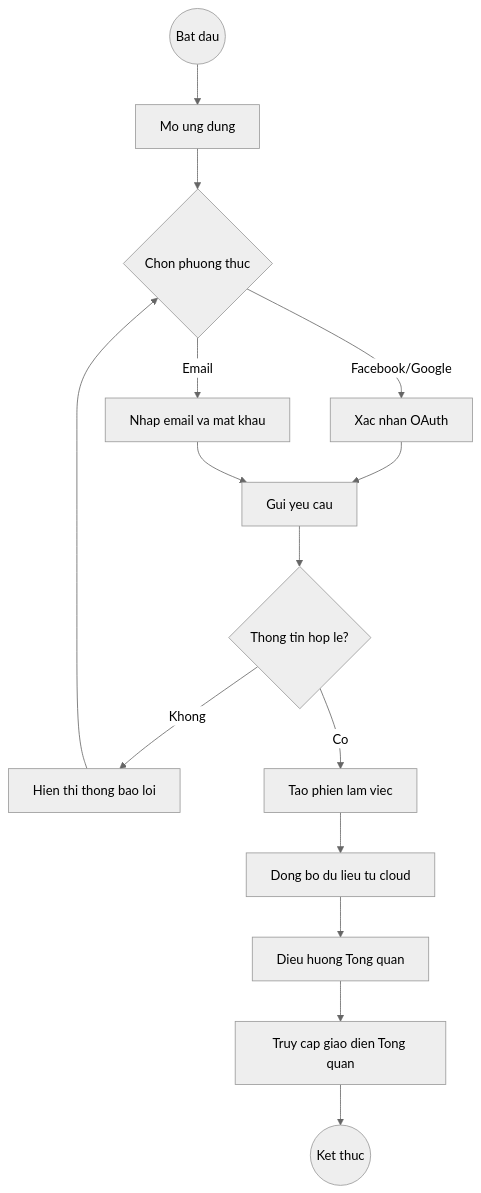
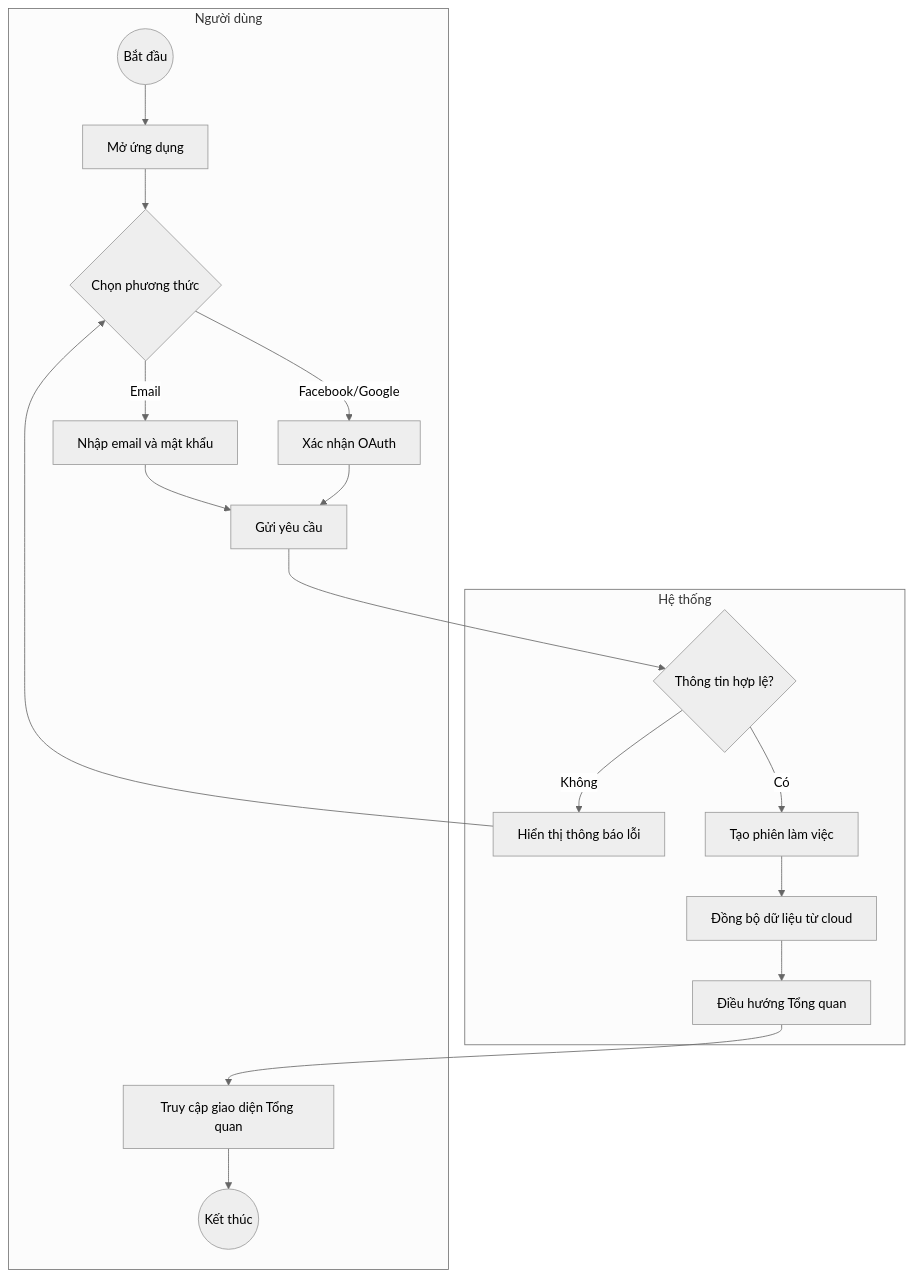
One commit to Hieu-vn/Graduation-Thesis changed the second of 10 diagrams in Nghiên cứu MISA MoneyKeeper.md. Above: the diagram before and after it, drawn with Mermaid (neutral theme). The commit also changed other lines of this file, not shown here.

First line of the commit message:
fix: Fix mermaid diagrams QT07-QT10 for GitHub rendering

````diff
--- a/Nghiên cứu MISA MoneyKeeper.md
+++ b/Nghiên cứu MISA MoneyKeeper.md
@@ -66,16 +70,21 @@
 ```mermaid
 flowchart TD
-    A((Bat dau)) --> B[Mo ung dung]
-    B --> C{Chon phuong thuc}
-    C -->|Facebook/Google| D[Xac nhan OAuth]
-    C -->|Email| E[Nhap email va mat khau]
-    D --> F[Gui yeu cau]
-    E --> F
-    F --> G{Thong tin hop le?}
-    G -->|Khong| H[Hien thi thong bao loi] --> C
-    G -->|Co| I[Tao phien lam viec]
-    I --> I2[Dong bo du lieu tu cloud]
-    I2 --> I3[Dieu huong Tong quan]
-    I3 --> J[Truy cap giao dien Tong quan]
-    J --> K((Ket thuc))
+    subgraph "Người dùng"
+        A((Bắt đầu)) --> B[Mở ứng dụng]
+        B --> C{Chọn phương thức}
+        C -->|Facebook/Google| D[Xác nhận OAuth]
+        C -->|Email| E[Nhập email và mật khẩu]
+        D --> F[Gửi yêu cầu]
+        E --> F
+        J[Truy cập giao diện Tổng quan] --> K((Kết thúc))
+    end
+    subgraph "Hệ thống"
+        F --> G{Thông tin hợp lệ?}
+        G -->|Không| H[Hiển thị thông báo lỗi]
+        H --> C
+        G -->|Có| I[Tạo phiên làm việc]
+        I --> I2[Đồng bộ dữ liệu từ cloud]
+        I2 --> I3[Điều hướng Tổng quan]
+    end
+    I3 --> J
 ```
````
